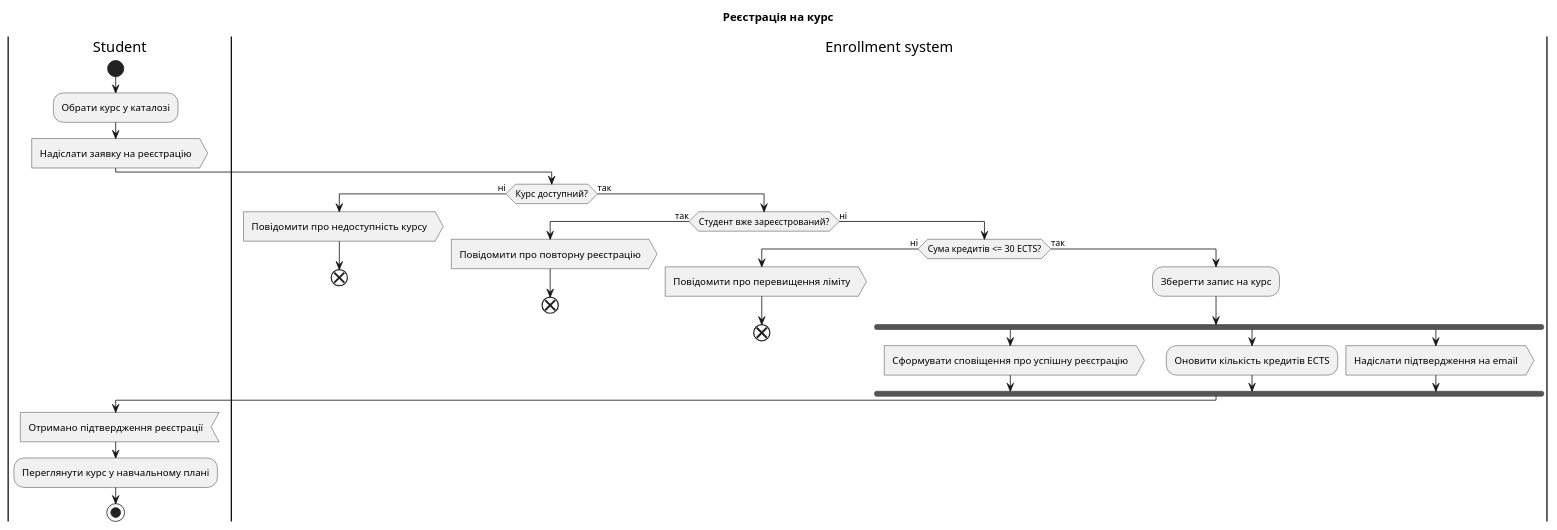
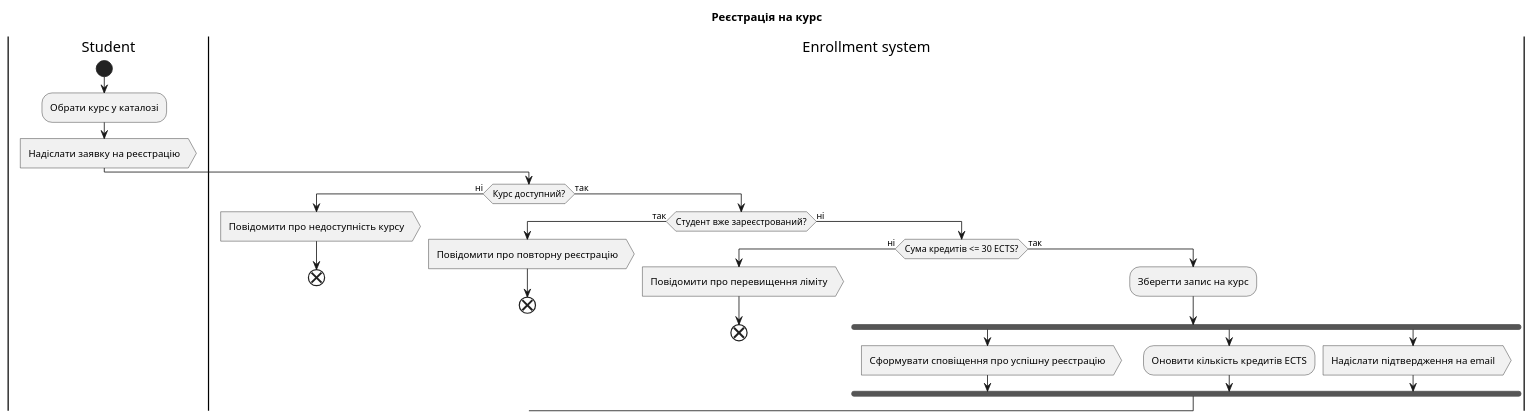
One commit to overdimension/KPI2-labs changed the diagram in README.md. Above: the diagram before and after it, drawn with PlantUML.

Commit message:
Add PlantUML diagram to README
Added PlantUML diagram for course registration process.

````diff
--- a/README.md
+++ b/README.md
@@ -1,38 +1,34 @@
+```plantuml
 @startuml
 title Реєстрація на курс
 
 |Student|
 start
 :Обрати курс у каталозі;
 :Надіслати заявку на реєстрацію; <<output>>
 
 |Enrollment system|
 if (Курс доступний?) then (ні)
   :Повідомити про недоступність курсу; <<output>>
   end
 else (так)
   if (Студент вже зареєстрований?) then (так)
     :Повідомити про повторну реєстрацію; <<output>>
     end
   else (ні)
     if (Сума кредитів <= 30 ECTS?) then (ні)
       :Повідомити про перевищення ліміту; <<output>>
       end
     else (так)
       :Зберегти запис на курс;
       fork
         :Сформувати сповіщення про успішну реєстрацію; <<output>>
       fork again
         :Оновити кількість кредитів ECTS;
       fork again
         :Надіслати підтвердження на email; <<output>>
       end fork
     endif
   endif
 endif
-
-|Student|
-:Отримано підтвердження реєстрації; <<input>>
-:Переглянути курс у навчальному плані;
-stop
-@enduml
+```
````
